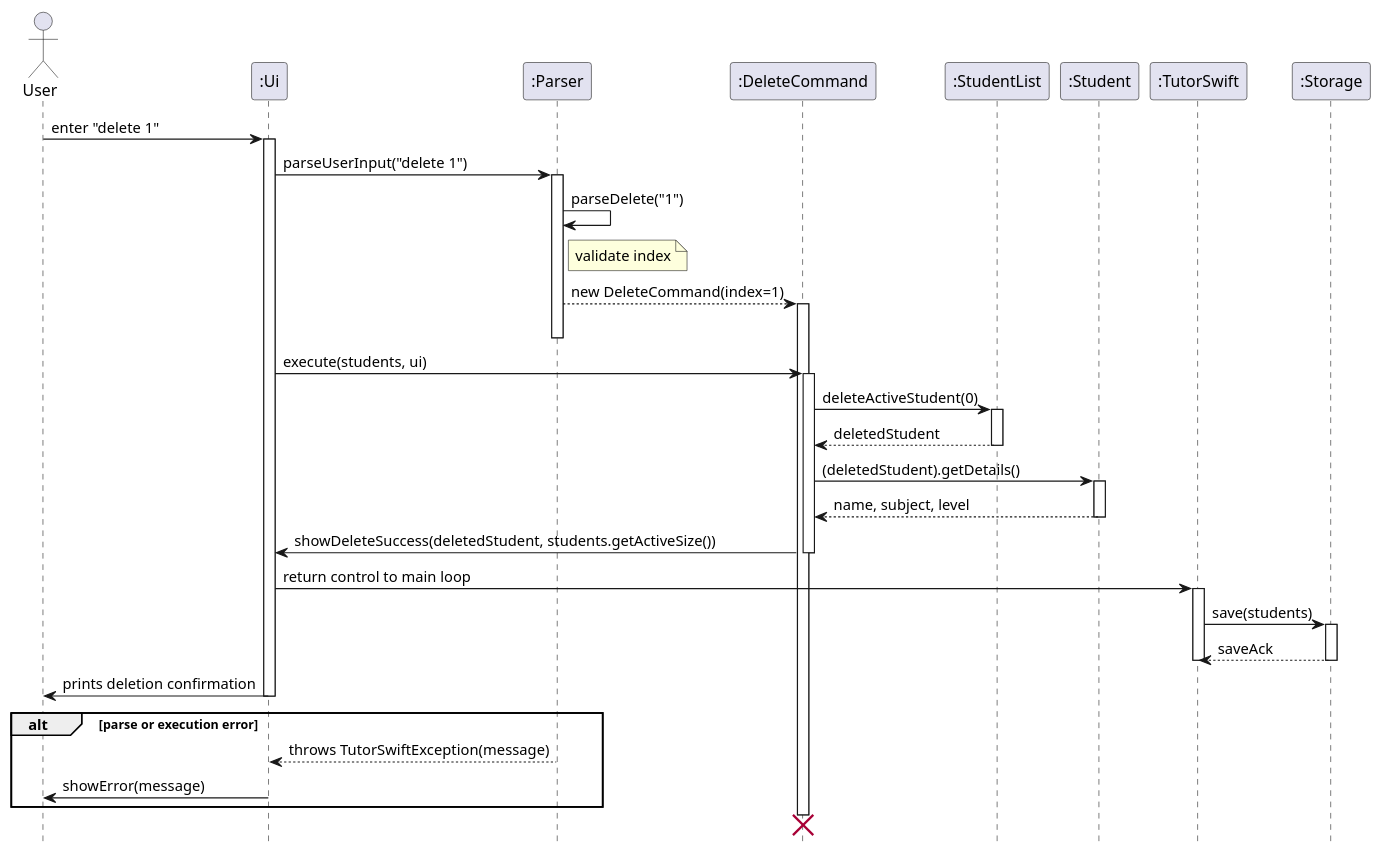
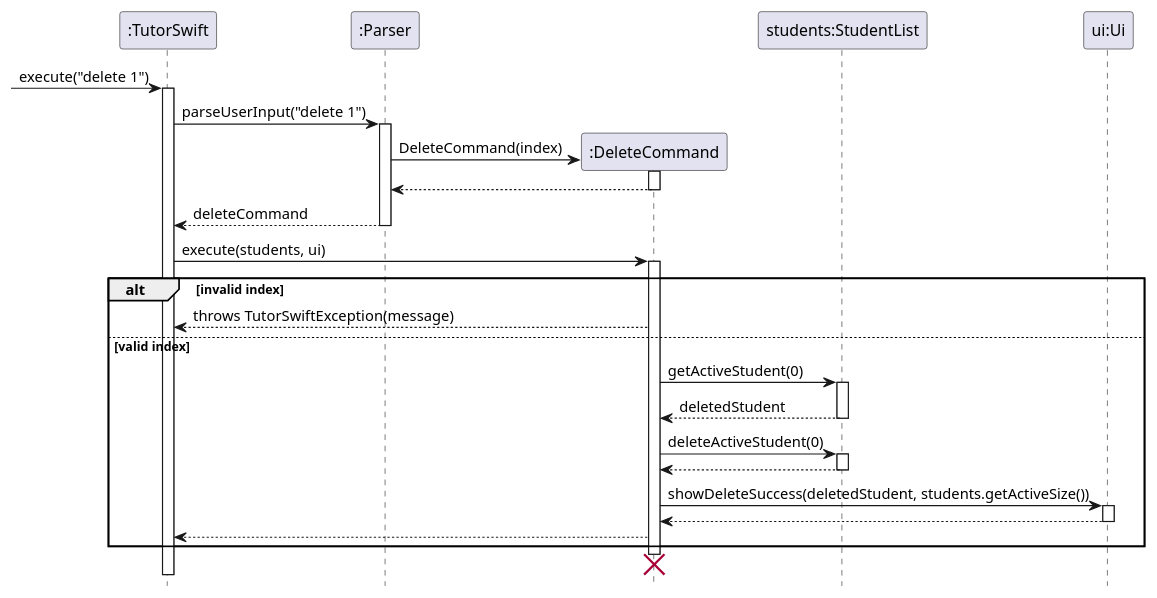
The diagram in docs/diagrams/LogicSequenceDiagram.puml (gabriel-550/tp), drawn with PlantUML before and after one commit. The commit also changed 5 other files, not shown here.

```diff
--- a/docs/diagrams/LogicSequenceDiagram.puml
+++ b/docs/diagrams/LogicSequenceDiagram.puml
@@ -1,57 +1,54 @@
 @startuml
 hide footbox
-actor User
-participant ":Ui" as UI
-participant ":Parser" as P
+skinparam ArrowFontStyle normal
+
+participant ":TutorSwift" as TS
+participant ":Parser" as Parser
 participant ":DeleteCommand" as DC
-participant ":StudentList" as SL
-participant ":Student" as S
-participant ":TutorSwift" as TS
-participant ":Storage" as ST
+participant "students:StudentList" as SL
+participant "ui:Ui" as Ui
 
-User -> UI : enter "delete 1"
-activate UI
+[-> TS : execute("delete 1")
+activate TS
 
-UI -> P : parseUserInput("delete 1")
-activate P
+TS -> Parser : parseUserInput("delete 1")
+activate Parser
 
-P -> P : parseDelete("1")
-note right of P : validate index
-P --> DC : new DeleteCommand(index=1)
+create DC
+Parser -> DC : DeleteCommand(index)
 activate DC
-deactivate P
+Parser <-- DC :
+deactivate DC
 
-UI -> DC : execute(students, ui)
+TS <-- Parser : deleteCommand
+deactivate Parser
+
+TS -> DC : execute(students, ui)
 activate DC
 
-DC -> SL : deleteActiveStudent(0)
-activate SL
-SL --> DC : deletedStudent
-deactivate SL
+alt invalid index
+    DC --> TS : throws TutorSwiftException(message)
+else valid index
+    DC -> SL : getActiveStudent(0)
+    activate SL
+    SL --> DC : deletedStudent
+    deactivate SL
 
-DC -> S : (deletedStudent).getDetails()
-activate S
-S --> DC : name, subject, level
-deactivate S
+    DC -> SL : deleteActiveStudent(0)
+    activate SL
+    SL --> DC :
+    deactivate SL
 
-DC -> UI : showDeleteSuccess(deletedStudent, students.getActiveSize())
-deactivate DC
+    DC -> Ui : showDeleteSuccess(deletedStudent, students.getActiveSize())
+    activate Ui
+    Ui --> DC :
+    deactivate Ui
 
-UI -> TS : return control to main loop
-activate TS
-TS -> ST : save(students)
-activate ST
-ST --> TS : saveAck
-deactivate ST
-deactivate TS
-
-UI -> User : prints deletion confirmation
-deactivate UI
-
-alt parse or execution error
-    P --> UI : throws TutorSwiftException(message)
-    UI -> User : showError(message)
+    DC --> TS :
 end
 
+deactivate DC
 destroy DC
+
+deactivate TS
 @enduml
```
